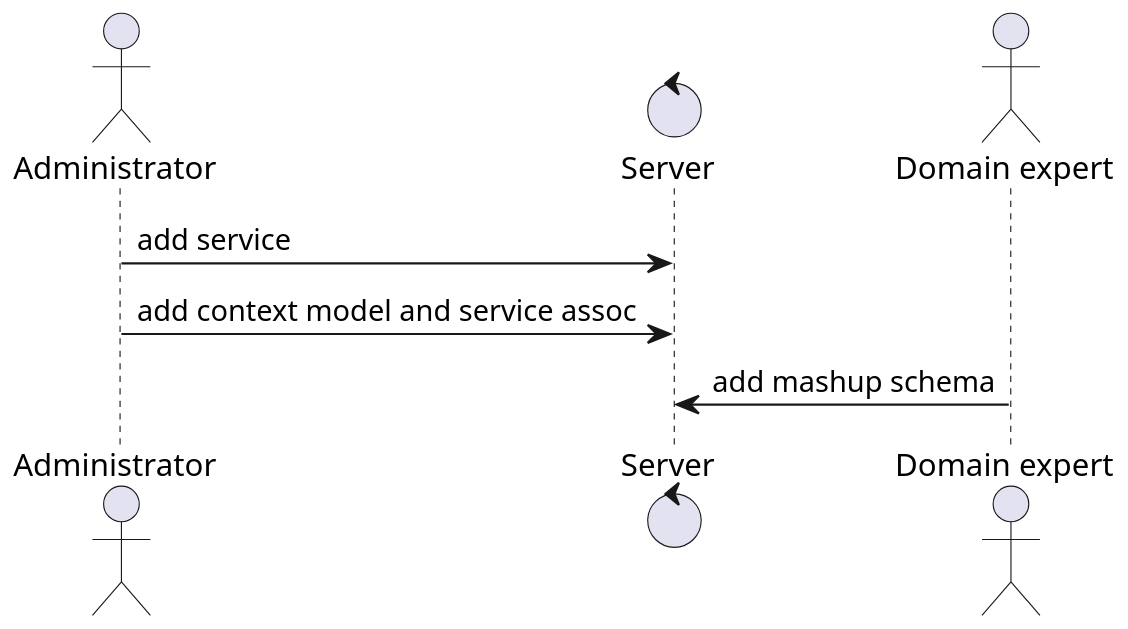
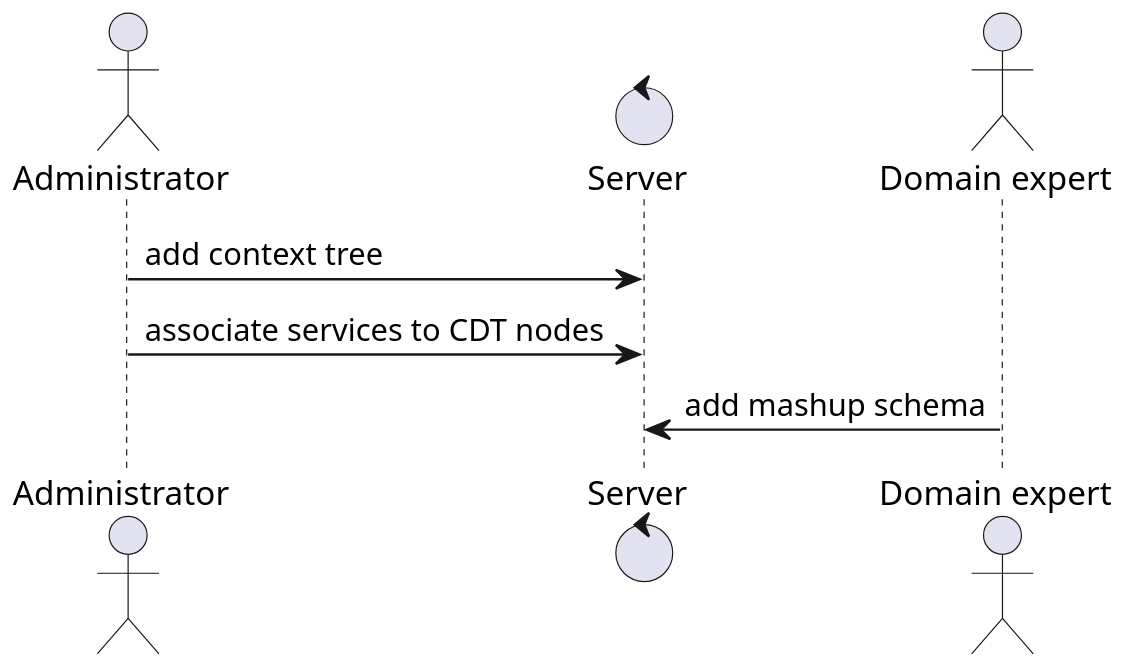
One commit to vzaccaria/icwe16-slides changed the third of 3 diagrams in src/org/icwe_rmc.org. Above: the diagram before and after it, drawn with PlantUML. The commit also changed other lines of this file and 5 other files, not shown here.

```diff
--- a/src/org/icwe_rmc.org
+++ b/src/org/icwe_rmc.org
@@ -97,11 +283,11 @@
 #+begin_src plantuml :file images/designtime.png :exports results :cache yes
 @startuml
 scale 900 width
 actor "Administrator"
 control "Server"
 actor "Domain expert"
-"Administrator" -> "Server" : add service
-"Administrator" -> "Server" : add context model and service assoc
+"Administrator" -> "Server" : add context tree 
+"Administrator" -> "Server" : associate services to CDT nodes
 "Domain expert" -> "Server" : add mashup schema 
 @enduml
 #+end_src
```
